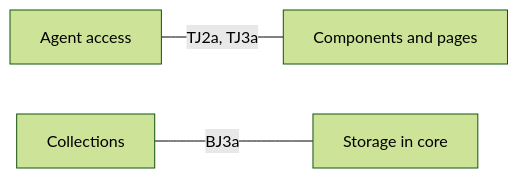
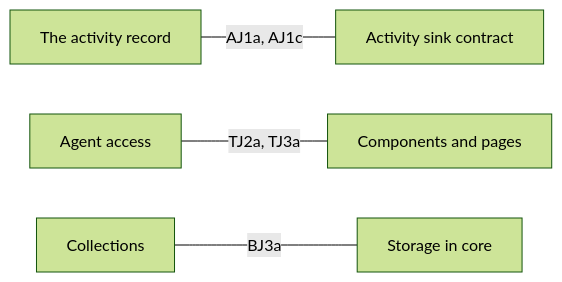
One commit to GenoaCMS/genoacms changed diagram 12 of 12 in docs/MAP.md. Above: the diagram before and after it, drawn with Mermaid (forest theme). The commit also changed other lines of this file and 6 other files, not shown here.

First line of the commit message:
docs(activity): the activity record and the activity sink contract

````diff
--- a/docs/MAP.md
+++ b/docs/MAP.md
@@ -737,13 +761,18 @@
 ```mermaid
 flowchart LR
-  doc1["Agent access"]
-  doc2["Collections"]
-  doc3["Components and pages"]
-  doc4["Storage in core"]
-  doc1 ---|TJ2a, TJ3a| doc3
-  doc2 ---|BJ3a| doc4
-  click doc1 "architecture/agent-access.md"
-  click doc2 "architecture/collections.md"
-  click doc3 "architecture/components.md"
-  click doc4 "architecture/storage.md"
+  doc1["The activity record"]
+  doc2["Agent access"]
+  doc3["Collections"]
+  doc4["Components and pages"]
+  doc5["Activity sink contract"]
+  doc6["Storage in core"]
+  doc1 ---|AJ1a, AJ1c| doc5
+  doc2 ---|TJ2a, TJ3a| doc4
+  doc3 ---|BJ3a| doc6
+  click doc1 "architecture/activity.md"
+  click doc2 "architecture/agent-access.md"
+  click doc3 "architecture/collections.md"
+  click doc4 "architecture/components.md"
+  click doc5 "architecture/contracts/activity.md"
+  click doc6 "architecture/storage.md"
 ```
````
